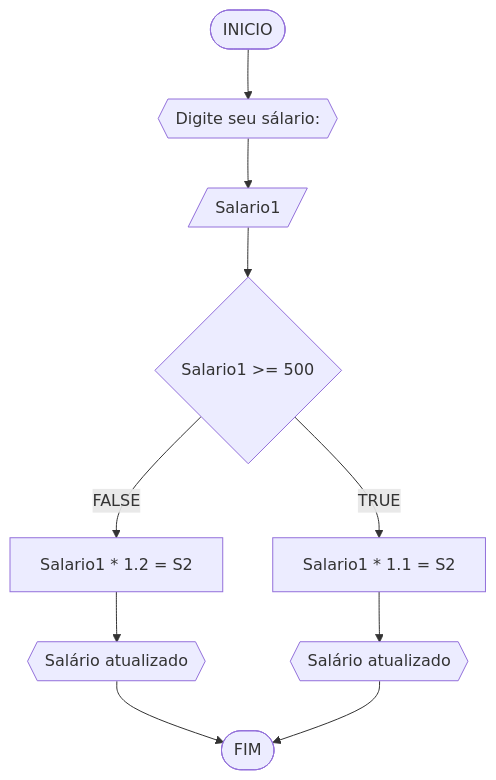
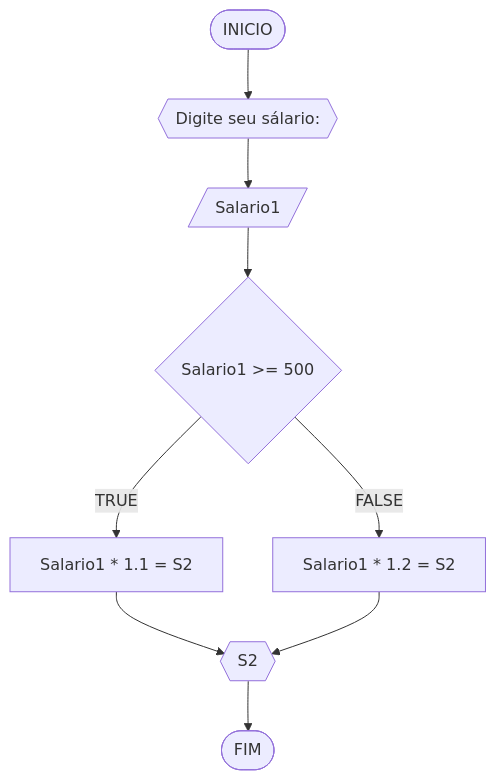
Before and after one commit to edudouraado/unifor: the second of 4 diagrams in RLA/unidade1/lista1.md, drawn with Mermaid. The commit also changed other lines of this file, not shown here.

````diff
--- a/RLA/unidade1/lista1.md
+++ b/RLA/unidade1/lista1.md
@@ -61,12 +61,11 @@
 ```mermaid
 flowchart TD
 A([INICIO]) --> B{{Digite seu sálario:}}
 B --> C[/Salario1/]
 C --> D{Salario1 >= 500}
 D --TRUE--> E[Salario1 * 1.1 = S2]
 D --FALSE--> F[Salario1 * 1.2 = S2]
-E --> G{{Salário atualizado}}
-F --> H{{Salário atualizado}}
-H --> I
-G --> I([FIM])
+E --> G{{S2}}
+F --> G
+G --> H([FIM])
 ```
````
